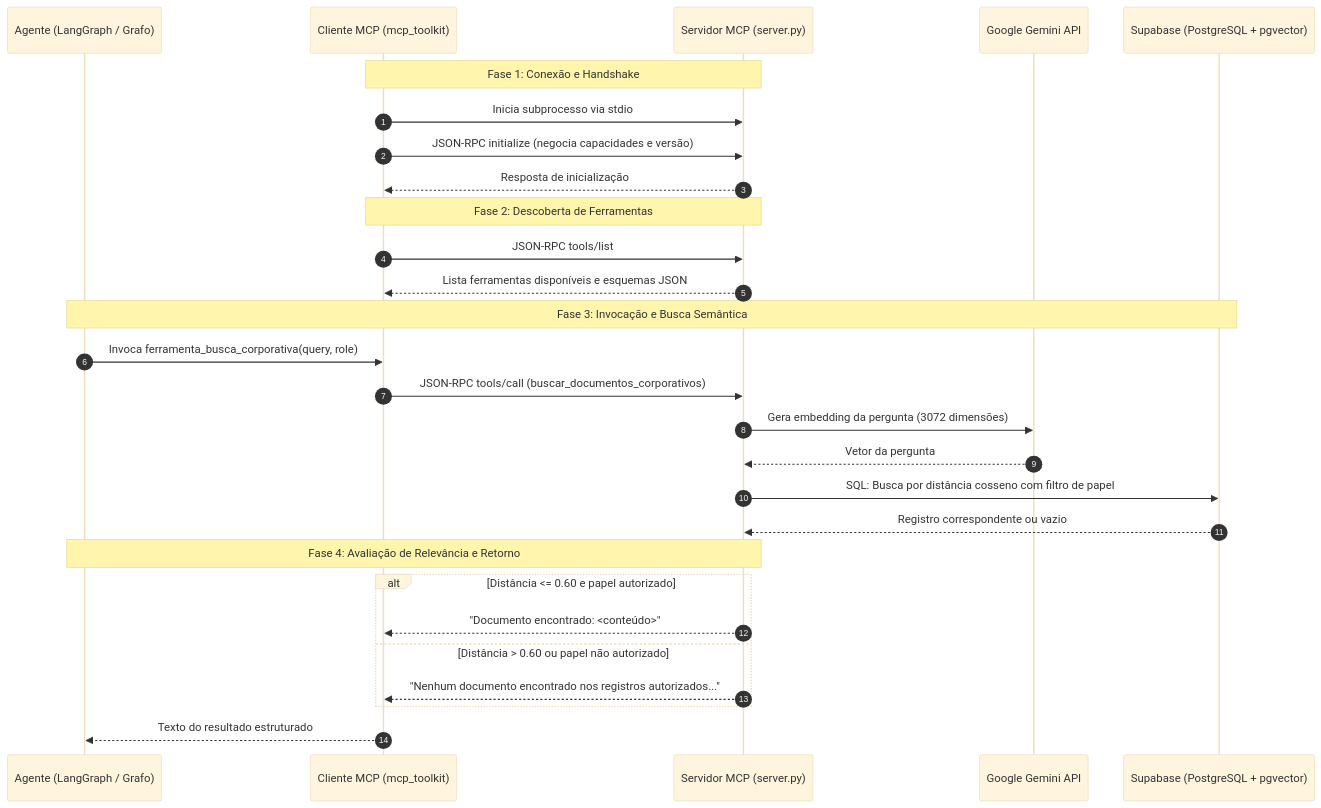
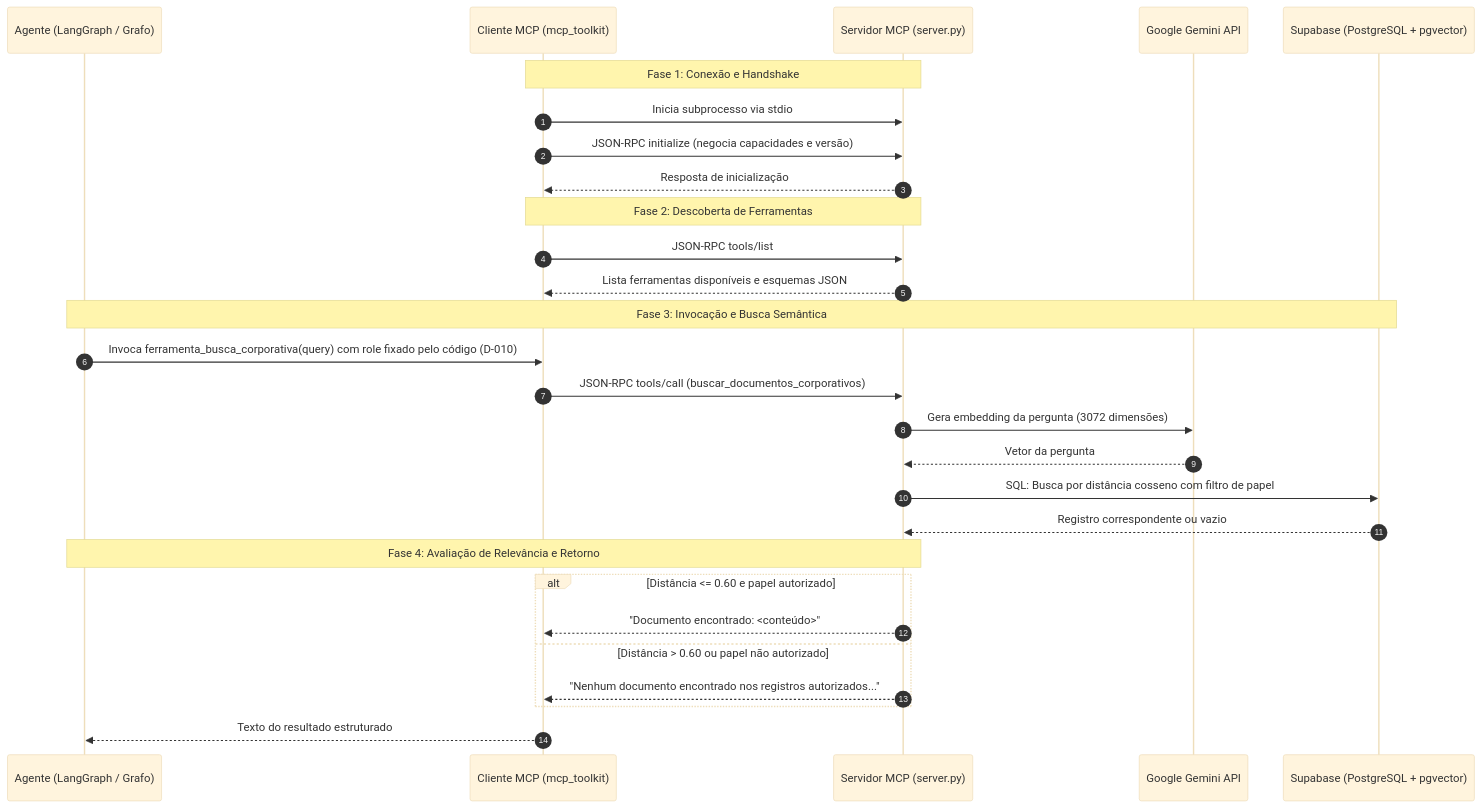
Before and after one commit to georghls/agents-architecture: the second of 2 diagrams in docs/mcp.md, drawn with Mermaid (base theme). The commit also changed 5 other files, not shown here.

````diff
--- a/docs/mcp.md
+++ b/docs/mcp.md
@@ -80,34 +80,34 @@
 ```mermaid
 sequenceDiagram
     autonumber
     participant Agente as Agente (LangGraph / Grafo)
     participant Cliente as Cliente MCP (mcp_toolkit)
     participant Servidor as Servidor MCP (server.py)
     participant Gemini as Google Gemini API
     participant Banco as Supabase (PostgreSQL + pgvector)
 
     Note over Cliente,Servidor: Fase 1: Conexão e Handshake
     Cliente->>Servidor: Inicia subprocesso via stdio
     Cliente->>Servidor: JSON-RPC initialize (negocia capacidades e versão)
     Servidor-->>Cliente: Resposta de inicialização
 
     Note over Cliente,Servidor: Fase 2: Descoberta de Ferramentas
     Cliente->>Servidor: JSON-RPC tools/list
     Servidor-->>Cliente: Lista ferramentas disponíveis e esquemas JSON
 
     Note over Agente,Banco: Fase 3: Invocação e Busca Semântica
-    Agente->>Cliente: Invoca ferramenta_busca_corporativa(query, role)
+    Agente->>Cliente: Invoca ferramenta_busca_corporativa(query) com role fixado pelo código (D-010)
     Cliente->>Servidor: JSON-RPC tools/call (buscar_documentos_corporativos)
     Servidor->>Gemini: Gera embedding da pergunta (3072 dimensões)
     Gemini-->>Servidor: Vetor da pergunta
     Servidor->>Banco: SQL: Busca por distância cosseno com filtro de papel
     Banco-->>Servidor: Registro correspondente ou vazio
 
     Note over Servidor,Agente: Fase 4: Avaliação de Relevância e Retorno
     alt Distância <= 0.60 e papel autorizado
         Servidor-->>Cliente: "Documento encontrado: <conteúdo>"
     else Distância > 0.60 ou papel não autorizado
         Servidor-->>Cliente: "Nenhum documento encontrado nos registros autorizados..."
     end
     Cliente-->>Agente: Texto do resultado estruturado
 ```
````
